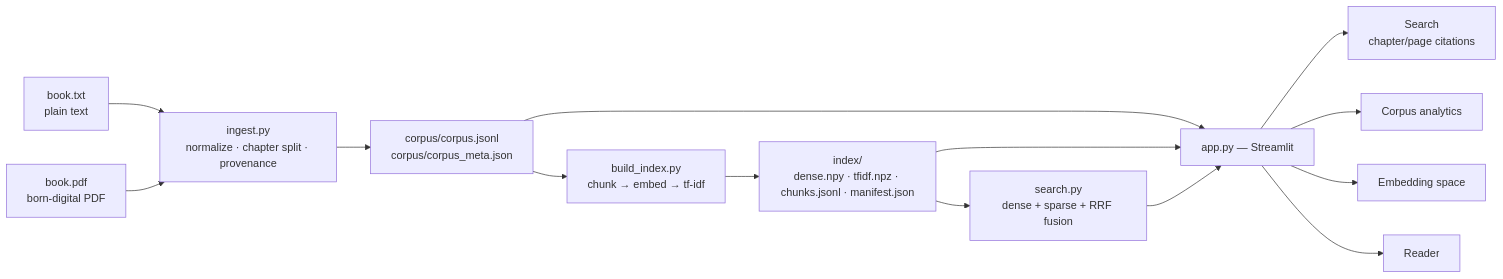
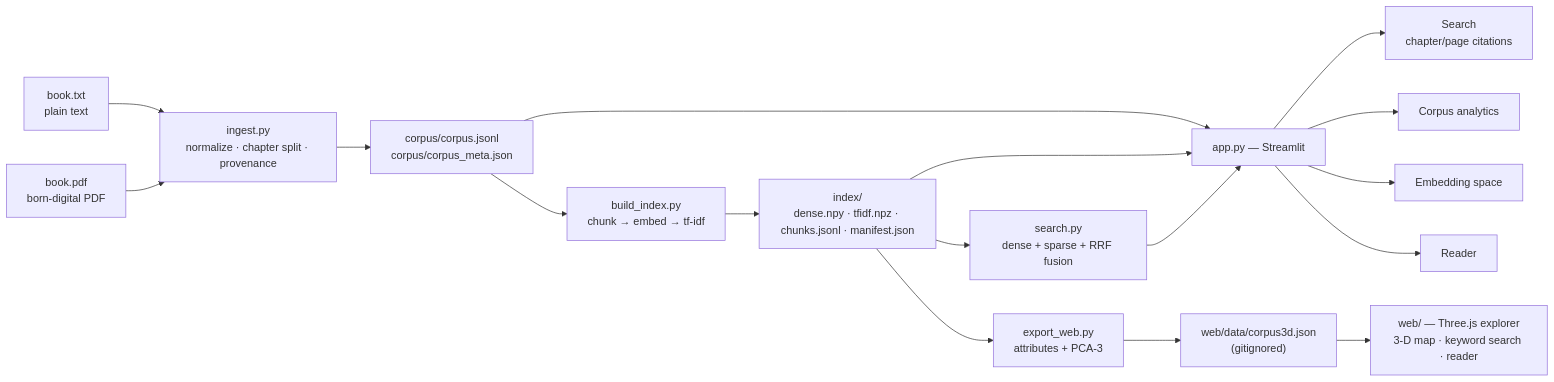
The diagram in README.md (aminrezaei-img/simply-autonomous-take-home-coding-challenge), drawn with Mermaid before and after one commit. The commit also changed other lines of this file and 4 other files, not shown here.

First line of the commit message:
Add a Three.js explorer for the embedding space

````diff
--- a/README.md
+++ b/README.md
@@ -109,16 +132,19 @@
 ```mermaid
 flowchart LR
     A["book.txt<br/>plain text"] --> C
     B["book.pdf<br/>born-digital PDF"] --> C
     C["ingest.py<br/>normalize · chapter split · provenance"] --> D["corpus/corpus.jsonl<br/>corpus/corpus_meta.json"]
     D --> E["build_index.py<br/>chunk → embed → tf-idf"]
     E --> F["index/<br/>dense.npy · tfidf.npz · chunks.jsonl · manifest.json"]
     F --> G["search.py<br/>dense + sparse + RRF fusion"]
     D --> H["app.py — Streamlit"]
     F --> H
     G --> H
     H --> I["Search<br/>chapter/page citations"]
     H --> J["Corpus analytics"]
     H --> K["Embedding space"]
     H --> L["Reader"]
+    F --> M["export_web.py<br/>attributes + PCA-3"]
+    M --> N["web/data/corpus3d.json<br/>(gitignored)"]
+    N --> O["web/ — Three.js explorer<br/>3-D map · keyword search · reader"]
 ```
````
